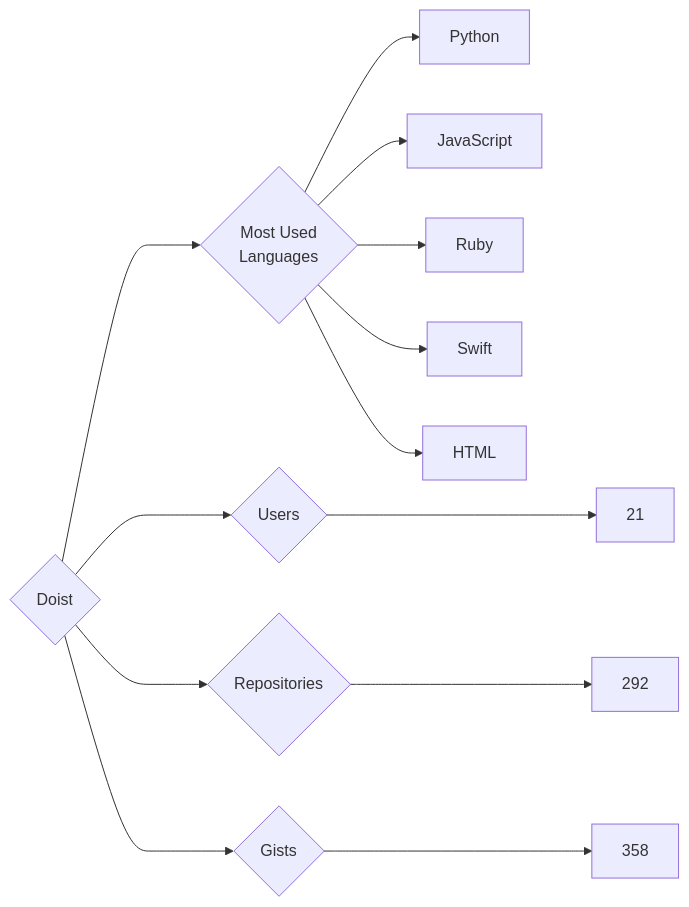
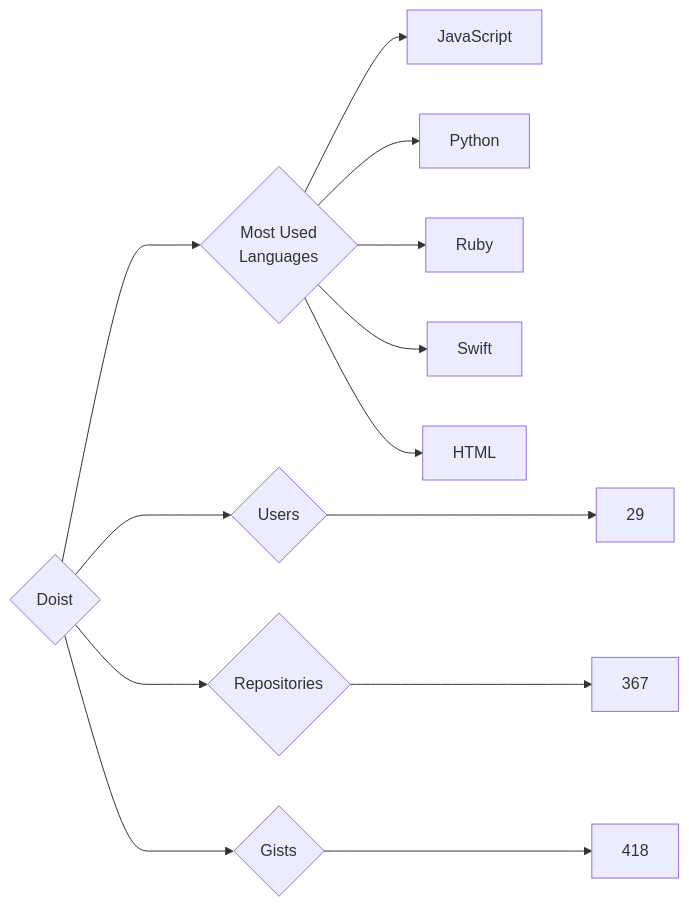
One commit to trickest/insiders changed the diagram in targets/Doist/README.md. Above: the diagram before and after it, drawn with Mermaid. The commit also changed 888 other files, not shown here.

````diff
--- a/targets/Doist/README.md
+++ b/targets/Doist/README.md
@@ -3,13 +3,13 @@
 ```mermaid
 graph LR
 COMPANY_NAME{Doist}
-COMPANY_NAME ---> U{Users} ---> UN[21]
-COMPANY_NAME ---> R{Repositories} ---> RN[292]
-COMPANY_NAME ---> G{Gists} ---> GN[358]
+COMPANY_NAME ---> U{Users} ---> UN[29]
+COMPANY_NAME ---> R{Repositories} ---> RN[367]
+COMPANY_NAME ---> G{Gists} ---> GN[418]
 COMPANY_NAME ---> ML{Most Used<br>Languages}
+ML --> JavaScript[JavaScript]
 ML --> Python[Python]
-ML --> JavaScript[JavaScript]
 ML --> Ruby[Ruby]
 ML --> Swift[Swift]
 ML --> HTML[HTML]
 ```
````
